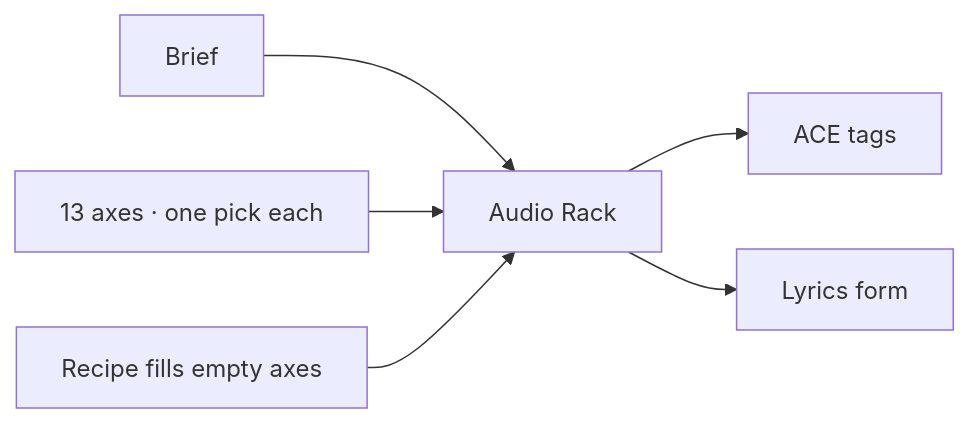
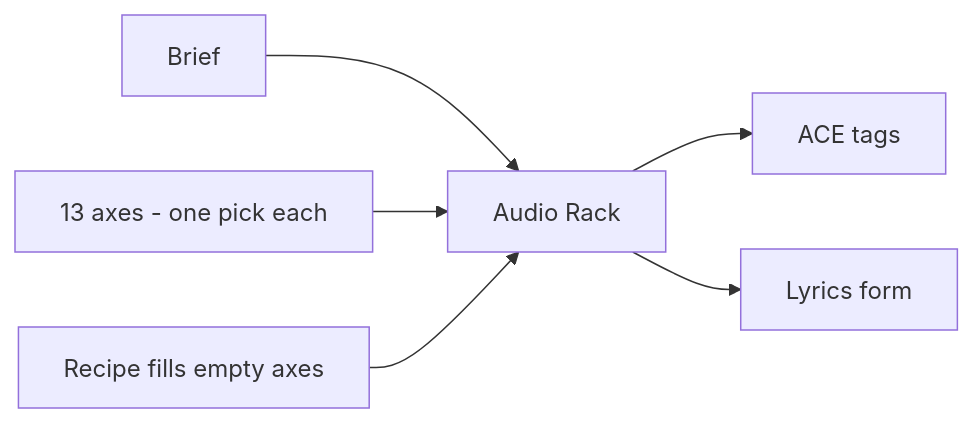
One commit to toxicoder/ez-comfy-stack changed the diagram in docs/create/audio-rack.md. Above: the diagram before and after it, drawn with Mermaid. The commit also changed other lines of this file and 1894 other files, not shown here.

````diff
--- a/docs/create/audio-rack.md
+++ b/docs/create/audio-rack.md
@@ -26,8 +26,8 @@
 ```mermaid
 flowchart LR
   B["Brief"] --> R["Audio Rack"]
-  A["13 axes · one pick each"] --> R
+  A["13 axes - one pick each"] --> R
   Rec["Recipe fills empty axes"] --> R
   R --> T["ACE tags"]
   R --> L["Lyrics form"]
 ```
````
